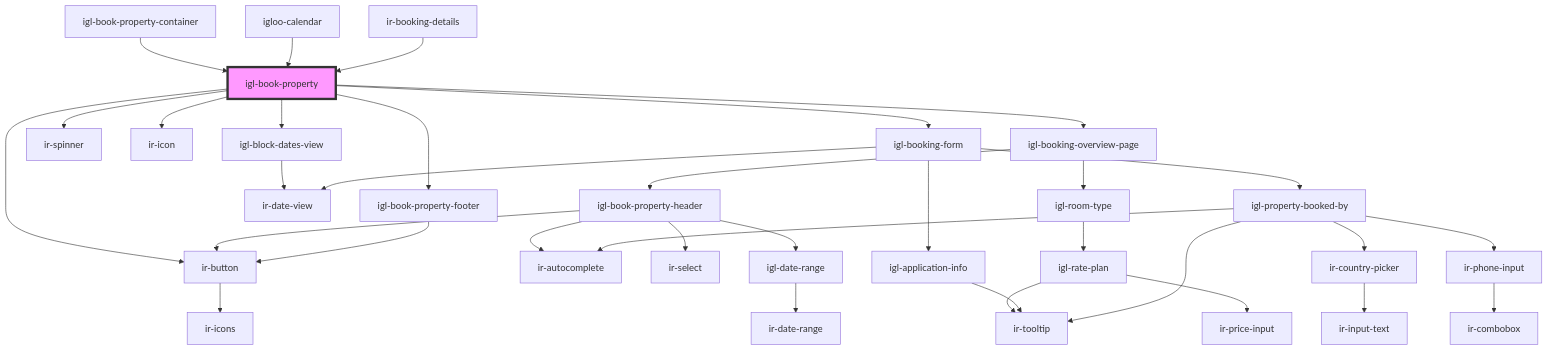
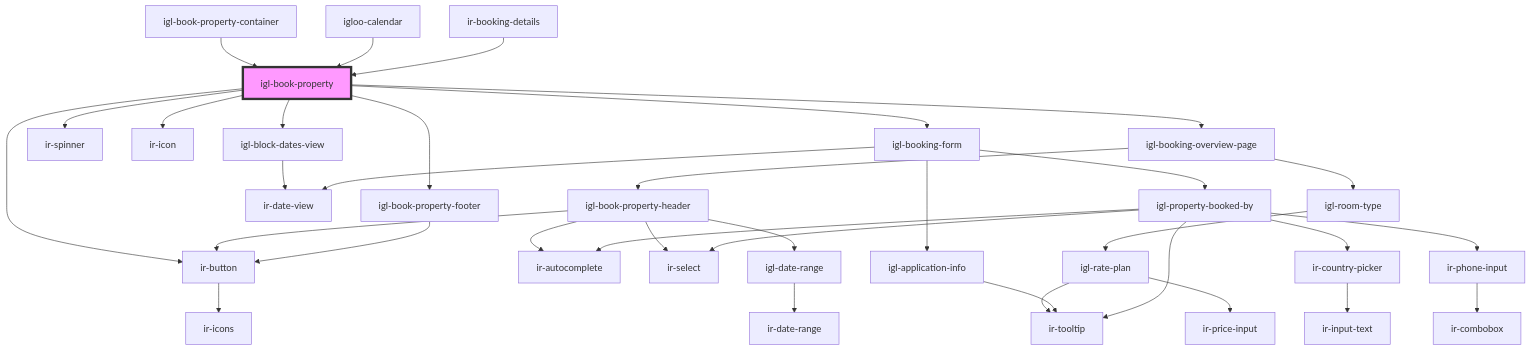
Before and after one commit to David1Chowaifaty/modified-ir-webcmp: the diagram in src/components/igloo-calendar/igl-book-property/readme.md, drawn with Mermaid. The commit also changed 36 other files, not shown here.

````diff
--- a/src/components/igloo-calendar/igl-book-property/readme.md
+++ b/src/components/igloo-calendar/igl-book-property/readme.md
@@ -53,37 +53,38 @@
 ```mermaid
 graph TD;
   igl-book-property --> igl-block-dates-view
   igl-book-property --> ir-spinner
   igl-book-property --> ir-icon
   igl-book-property --> igl-booking-overview-page
   igl-book-property --> igl-booking-form
   igl-book-property --> ir-button
   igl-book-property --> igl-book-property-footer
   igl-block-dates-view --> ir-date-view
   igl-booking-overview-page --> igl-book-property-header
   igl-booking-overview-page --> igl-room-type
   igl-book-property-header --> ir-autocomplete
   igl-book-property-header --> ir-select
   igl-book-property-header --> ir-button
   igl-book-property-header --> igl-date-range
   ir-button --> ir-icons
   igl-date-range --> ir-date-range
   igl-room-type --> igl-rate-plan
   igl-rate-plan --> ir-tooltip
   igl-rate-plan --> ir-price-input
   igl-booking-form --> ir-date-view
   igl-booking-form --> igl-application-info
   igl-booking-form --> igl-property-booked-by
   igl-application-info --> ir-tooltip
   igl-property-booked-by --> ir-autocomplete
   igl-property-booked-by --> ir-tooltip
   igl-property-booked-by --> ir-country-picker
   igl-property-booked-by --> ir-phone-input
+  igl-property-booked-by --> ir-select
   ir-country-picker --> ir-input-text
   ir-phone-input --> ir-combobox
   igl-book-property-footer --> ir-button
   igl-book-property-container --> igl-book-property
   igloo-calendar --> igl-book-property
   ir-booking-details --> igl-book-property
   style igl-book-property fill:#f9f,stroke:#333,stroke-width:4px
 ```
````
